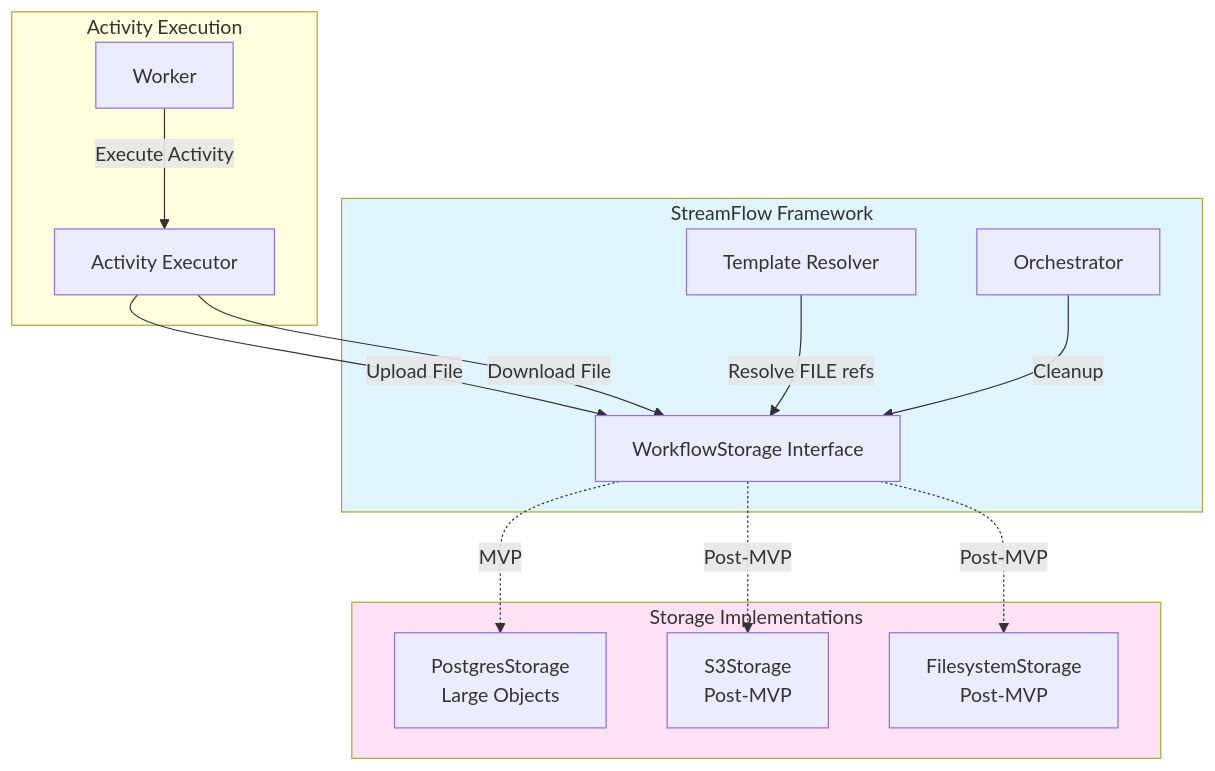
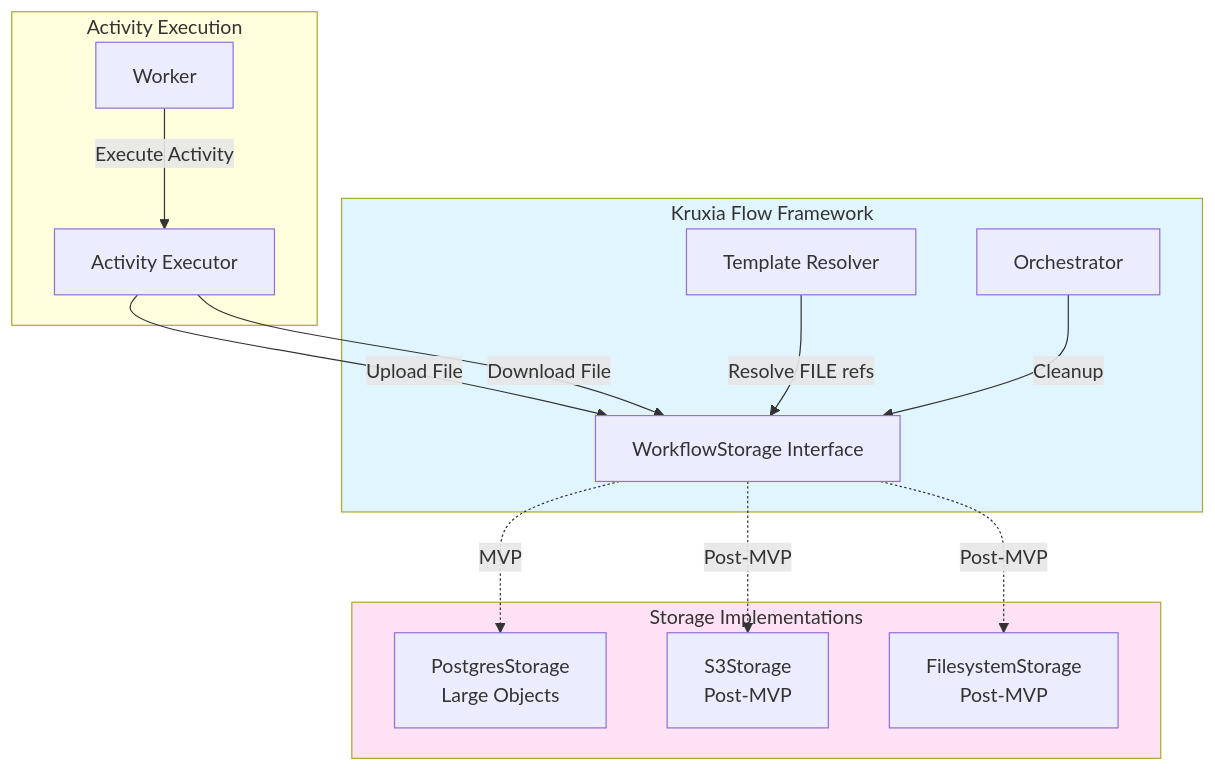
One commit to kruxia/kruxiaflow changed the first of 2 diagrams in docs/implementation/us-5.4-object-storage.md. Above: the diagram before and after it, drawn with Mermaid. The commit also changed other lines of this file and 239 other files, not shown here.

Commit message:
Rename StreamFlow => Kruxia Flow

````diff
--- a/docs/implementation/us-5.4-object-storage.md
+++ b/docs/implementation/us-5.4-object-storage.md
@@ -51,33 +51,33 @@
 ```mermaid
 flowchart TB
     subgraph Activities["Activity Execution"]
         Worker[Worker]
         Activity[Activity Executor]
     end
 
-    subgraph Framework["StreamFlow Framework"]
+    subgraph Framework["Kruxia Flow Framework"]
         Orchestrator[Orchestrator]
         TemplateResolver[Template Resolver]
         StorageInterface[WorkflowStorage Interface]
     end
 
     subgraph Implementations["Storage Implementations"]
         PGStorage[PostgresStorage<br/>Large Objects]
         S3Storage[S3Storage<br/>Post-MVP]
         FSStorage[FilesystemStorage<br/>Post-MVP]
     end
 
     Worker -->|Execute Activity| Activity
     Activity -->|Upload File| StorageInterface
     Activity -->|Download File| StorageInterface
 
     TemplateResolver -->|Resolve FILE refs| StorageInterface
     Orchestrator -->|Cleanup| StorageInterface
 
     StorageInterface -.->|MVP| PGStorage
     StorageInterface -.->|Post-MVP| S3Storage
     StorageInterface -.->|Post-MVP| FSStorage
 
     style Framework fill:#e1f5ff
     style Implementations fill:#ffe1f5
 ```
````
